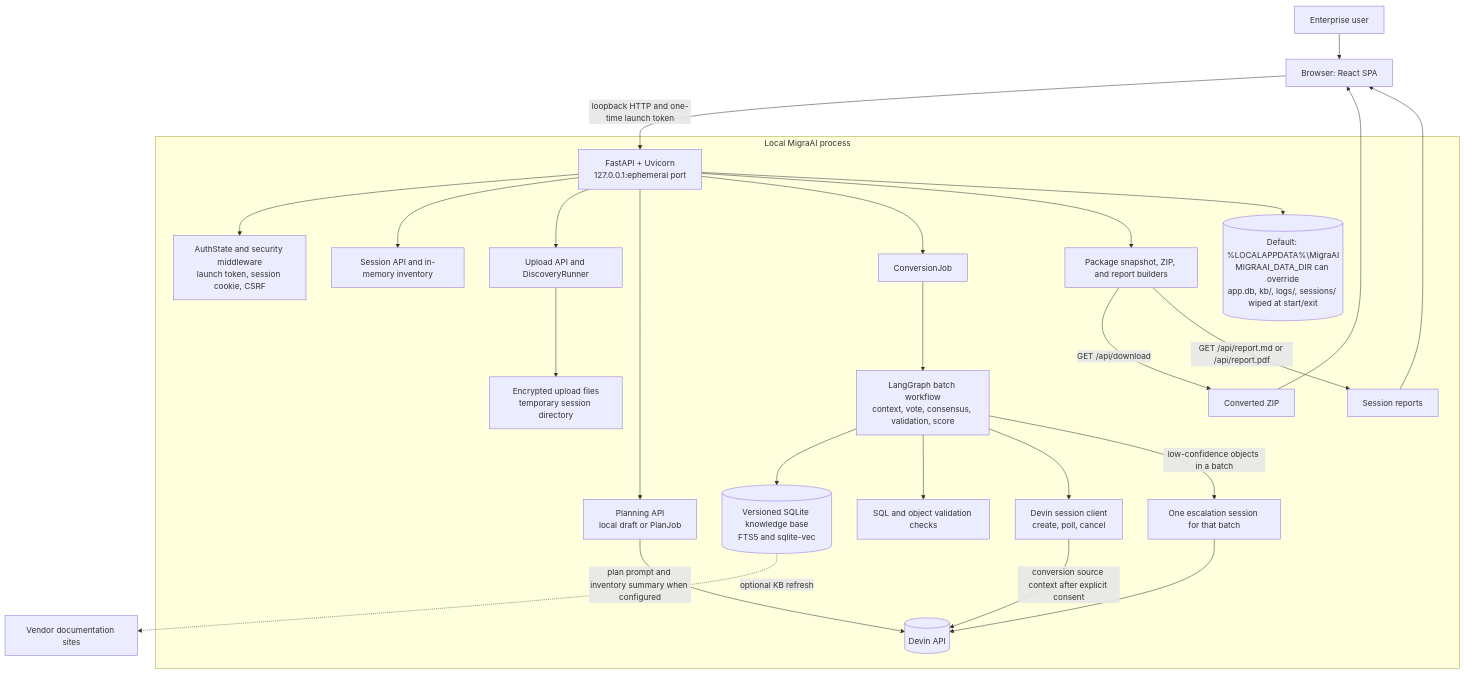
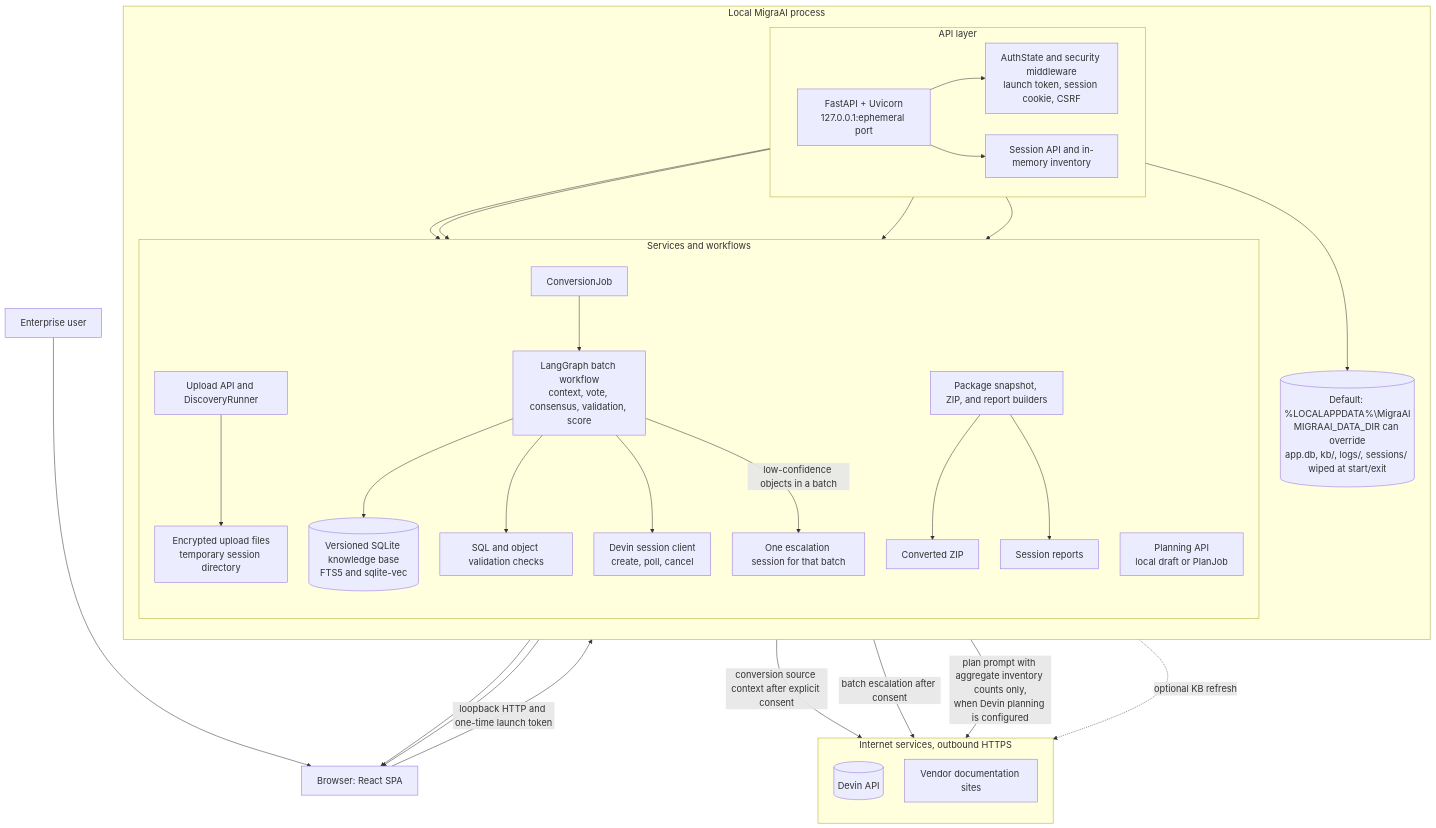
One commit to Cognition-Partner-Workshops/DWHMigrationDemo changed the diagram in docs/diagrams/architecture.mmd. Above: the diagram before and after it, drawn with Mermaid. The commit also changed 3 other files, not shown here.

Commit message:
docs(diagrams): clarify external service flows

```diff
--- a/docs/diagrams/architecture.mmd
+++ b/docs/diagrams/architecture.mmd
@@ -1,26 +1,45 @@
+%%{init: {"themeVariables": {"fontSize": "18px"}, "flowchart": {"nodeSpacing": 42, "rankSpacing": 58}}}%%
 flowchart TB
   USER[Enterprise user] --> BROWSER[Browser: React SPA]
   BROWSER -->|loopback HTTP and one-time launch token| API[FastAPI + Uvicorn<br/>127.0.0.1:ephemeral port]
+
   subgraph LocalApp[Local MigraAI process]
-    API --> AUTH[AuthState and security middleware<br/>launch token, session cookie, CSRF]
-    API --> SESSION[Session API and in-memory inventory]
-    API --> DISC[Upload API and DiscoveryRunner]
-    API --> PLAN[Planning API<br/>local draft or PlanJob]
-    API --> CONV[ConversionJob]
-    API --> PACK[Package snapshot, ZIP, and report builders]
-    DISC --> STORE[Encrypted upload files<br/>temporary session directory]
-    CONV --> WF[LangGraph batch workflow<br/>context, vote, consensus, validation, score]
-    WF --> KB[(Versioned SQLite knowledge base<br/>FTS5 and sqlite-vec)]
-    WF --> VALID[SQL and object validation checks]
-    WF --> CLIENT[Devin session client<br/>create, poll, cancel]
-    CLIENT -->|conversion source context after explicit consent| DV[(Devin API)]
-    WF -->|low-confidence objects in a batch| ESC[One escalation session for that batch]
-    ESC --> DV
-    PLAN -->|plan prompt and inventory summary when configured| DV
-    PACK -->|GET /api/download| ZIP[Converted ZIP]
-    PACK -->|GET /api/report.md or /api/report.pdf| REPORT[Session reports]
+    direction TB
+    subgraph ApiLayer[API layer]
+      direction LR
+      API --> AUTH[AuthState and security middleware<br/>launch token, session cookie, CSRF]
+      API --> SESSION[Session API and in-memory inventory]
+    end
+    subgraph ServiceLayer[Services and workflows]
+      direction TB
+      DISC[Upload API and DiscoveryRunner]
+      PLAN[Planning API<br/>local draft or PlanJob]
+      CONV[ConversionJob]
+      PACK[Package snapshot, ZIP, and report builders]
+      DISC --> STORE[Encrypted upload files<br/>temporary session directory]
+      CONV --> WF[LangGraph batch workflow<br/>context, vote, consensus, validation, score]
+      WF --> KB[(Versioned SQLite knowledge base<br/>FTS5 and sqlite-vec)]
+      WF --> VALID[SQL and object validation checks]
+      WF --> CLIENT[Devin session client<br/>create, poll, cancel]
+      WF -->|low-confidence objects in a batch| ESC[One escalation session for that batch]
+      PACK --> ZIP[Converted ZIP]
+      PACK --> REPORT[Session reports]
+    end
+    API --> DISC
+    API --> PLAN
+    API --> CONV
+    API --> PACK
     API --> DATA[(Default: %LOCALAPPDATA%\MigraAI<br/>MIGRAAI_DATA_DIR can override<br/>app.db, kb/, logs/, sessions/ wiped at start/exit)]
   end
-  KB -. optional KB refresh .-> DOCS[Vendor documentation sites]
+
+  subgraph External[Internet services, outbound HTTPS]
+    direction TB
+    DV[(Devin API)]
+    DOCS[Vendor documentation sites]
+  end
+  CLIENT -->|conversion source context after explicit consent| DV
+  ESC -->|batch escalation after consent| DV
+  PLAN -->|"plan prompt with aggregate inventory counts only,<br/>when Devin planning is configured"| DV
+  KB -. optional KB refresh .-> DOCS
   ZIP --> BROWSER
   REPORT --> BROWSER
```
